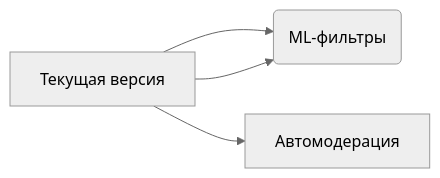
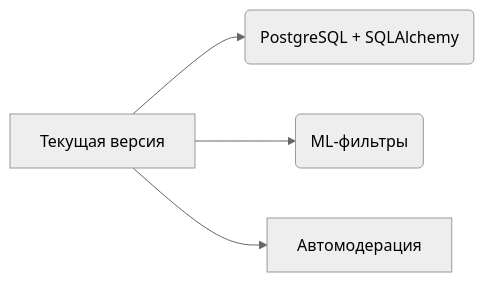
One commit to nihosprop/bot_stepik_guard changed the diagram in README.md. Above: the diagram before and after it, drawn with Mermaid (neutral theme).

Commit message:
style(README): update

````diff
--- a/README.md
+++ b/README.md
@@ -75,6 +75,6 @@
 ```mermaid
 graph LR
-    A[Текущая версия] --> B(PostgreSQL + SQLAlchemy)
-    A[Текущая версия] --> B(ML-фильтры)
-    A[Текущая версия] --> C[Автомодерация]
+    A[Текущая версия] --> AA(PostgreSQL + SQLAlchemy)
+    A[Текущая версия] --> AB(ML-фильтры)
+    A[Текущая версия] --> AC[Автомодерация]
 ```
````
